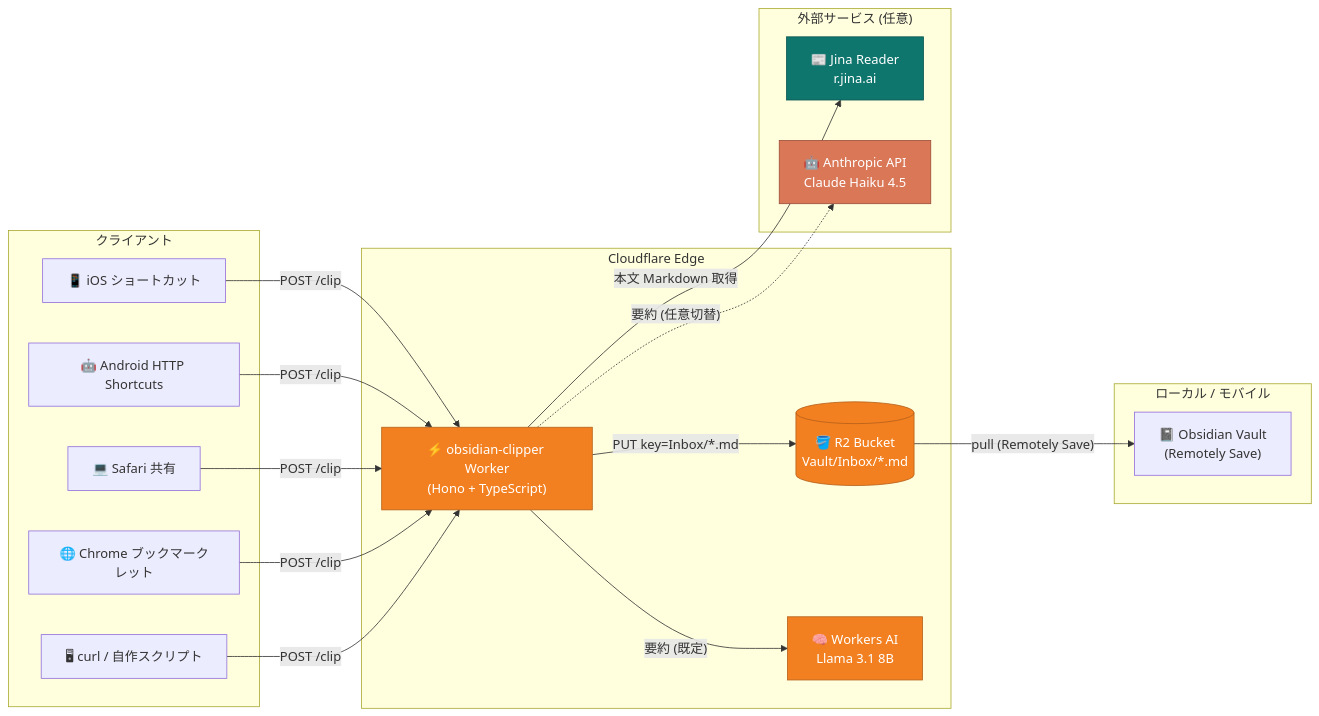
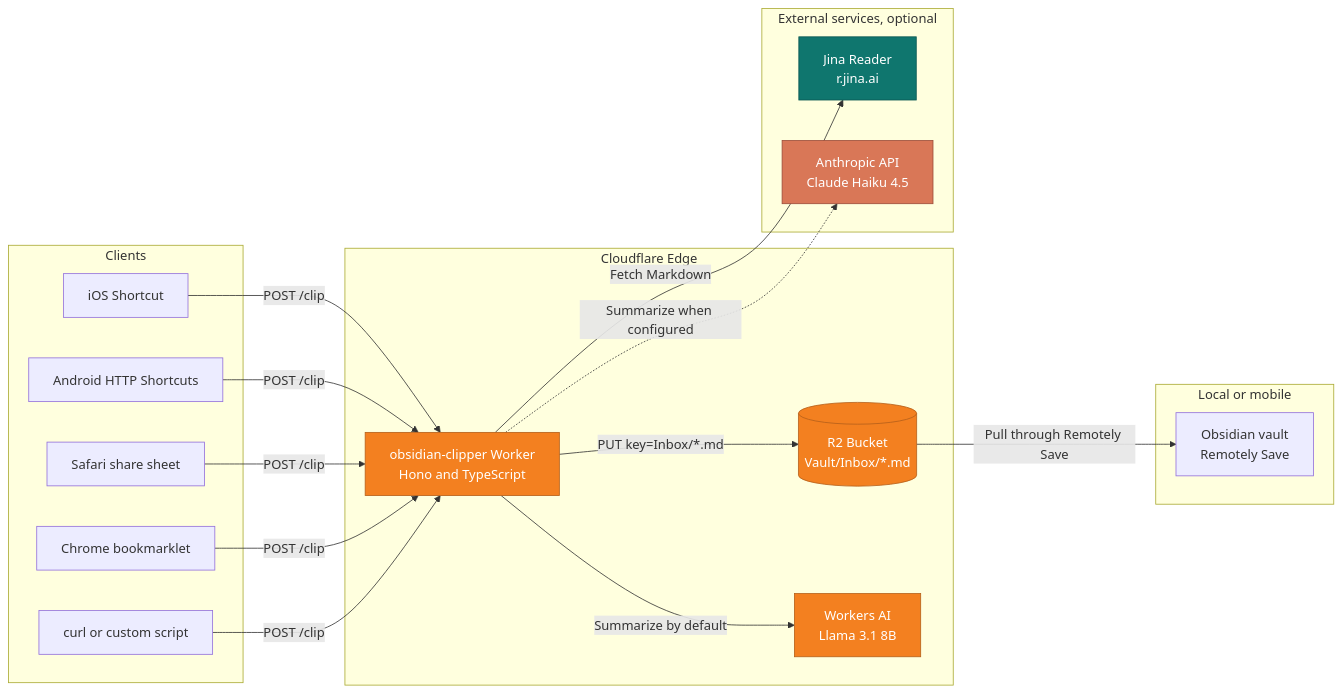
The first of 2 diagrams in README.md (keroway/obsidian-clipper), drawn with Mermaid before and after one commit. The commit also changed other lines of this file and 3 other files, not shown here.

````diff
--- a/README.md
+++ b/README.md
@@ -89,45 +76,45 @@
 ```mermaid
 flowchart LR
-    subgraph Clients["クライアント"]
-        iOS["📱 iOS ショートカット"]
-        Android["🤖 Android HTTP Shortcuts"]
-        Mac["💻 Safari 共有"]
-        Chrome["🌐 Chrome ブックマークレット"]
-        Curl["🖥 curl / 自作スクリプト"]
+    subgraph Clients[Clients]
+        iOS[iOS Shortcut]
+        Android[Android HTTP Shortcuts]
+        Mac[Safari share sheet]
+        Chrome[Chrome bookmarklet]
+        Curl[curl or custom script]
     end
 
-    subgraph Cloudflare["Cloudflare Edge"]
-        Worker["⚡ obsidian-clipper Worker<br/>(Hono + TypeScript)"]
-        R2[("🪣 R2 Bucket<br/>Vault/Inbox/*.md")]
-        AI["🧠 Workers AI<br/>Llama 3.1 8B"]
+    subgraph Cloudflare[Cloudflare Edge]
+        Worker[obsidian-clipper Worker<br/>Hono and TypeScript]
+        R2[(R2 Bucket<br/>Vault/Inbox/*.md)]
+        AI[Workers AI<br/>Llama 3.1 8B]
     end
 
-    subgraph External["外部サービス (任意)"]
-        Jina["📰 Jina Reader<br/>r.jina.ai"]
-        Anthropic["🤖 Anthropic API<br/>Claude Haiku 4.5"]
+    subgraph External[External services, optional]
+        Jina[Jina Reader<br/>r.jina.ai]
+        Anthropic[Anthropic API<br/>Claude Haiku 4.5]
     end
 
-    subgraph Obsidian["ローカル / モバイル"]
-        Vault["📓 Obsidian Vault<br/>(Remotely Save)"]
+    subgraph Obsidian[Local or mobile]
+        Vault[Obsidian vault<br/>Remotely Save]
     end
 
-    iOS     -- "POST /clip" --> Worker
+    iOS -- "POST /clip" --> Worker
     Android -- "POST /clip" --> Worker
-    Mac     -- "POST /clip" --> Worker
-    Chrome  -- "POST /clip" --> Worker
-    Curl    -- "POST /clip" --> Worker
+    Mac -- "POST /clip" --> Worker
+    Chrome -- "POST /clip" --> Worker
+    Curl -- "POST /clip" --> Worker
 
-    Worker -- "本文 Markdown 取得" --> Jina
-    Worker -- "要約 (既定)"        --> AI
-    Worker -. "要約 (任意切替)"    .-> Anthropic
+    Worker -- "Fetch Markdown" --> Jina
+    Worker -- "Summarize by default" --> AI
+    Worker -. "Summarize when configured" .-> Anthropic
     Worker -- "PUT key=Inbox/*.md" --> R2
 
-    R2 -- "pull (Remotely Save)" --> Vault
+    R2 -- "Pull through Remotely Save" --> Vault
 
     classDef edge fill:#F38020,color:#fff,stroke:#B5601A;
-    classDef ext  fill:#0f766e,color:#fff,stroke:#0a5752;
-    classDef ai   fill:#D97757,color:#fff,stroke:#9C4C39;
+    classDef ext fill:#0f766e,color:#fff,stroke:#0a5752;
+    classDef ai fill:#D97757,color:#fff,stroke:#9C4C39;
     class Worker,R2,AI edge;
     class Jina ext;
     class Anthropic ai;
 ```
````
